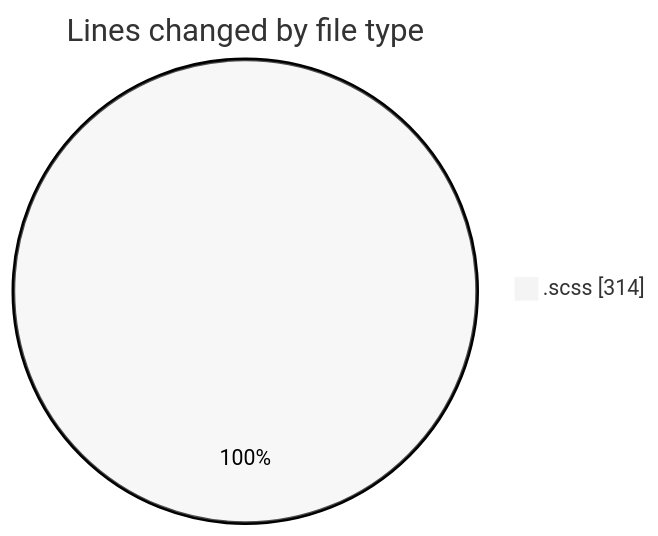
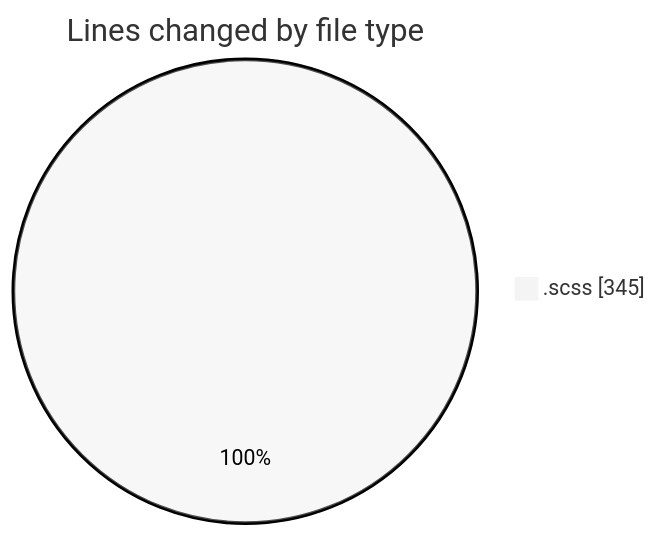
Before and after one commit to momahboobian/code-tracking: the first of 2 diagrams in 2025-03-02/cda/README.md, drawn with Mermaid (neutral theme). The commit also changed other lines of this file and 1 other file, not shown here.

````diff
--- a/2025-03-02/cda/README.md
+++ b/2025-03-02/cda/README.md
@@ -21,5 +21,5 @@
 ```mermaid
 pie showData
 title Lines changed by file type
-".scss" : 314
+".scss" : 345
 ```
````
